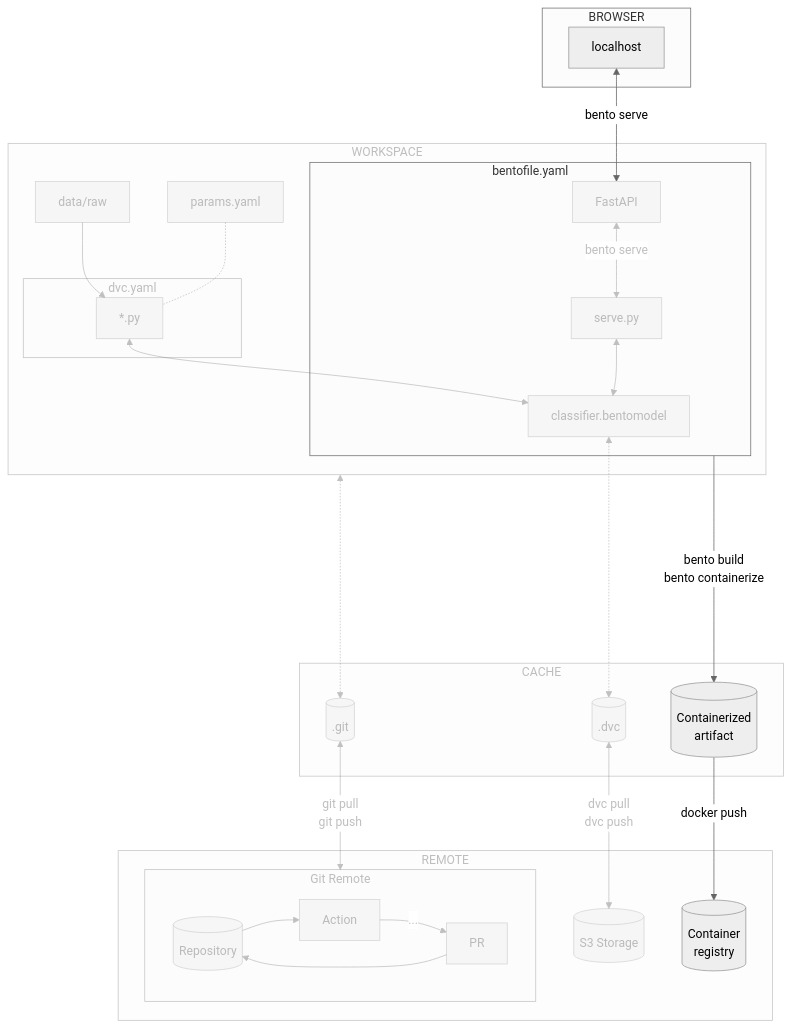
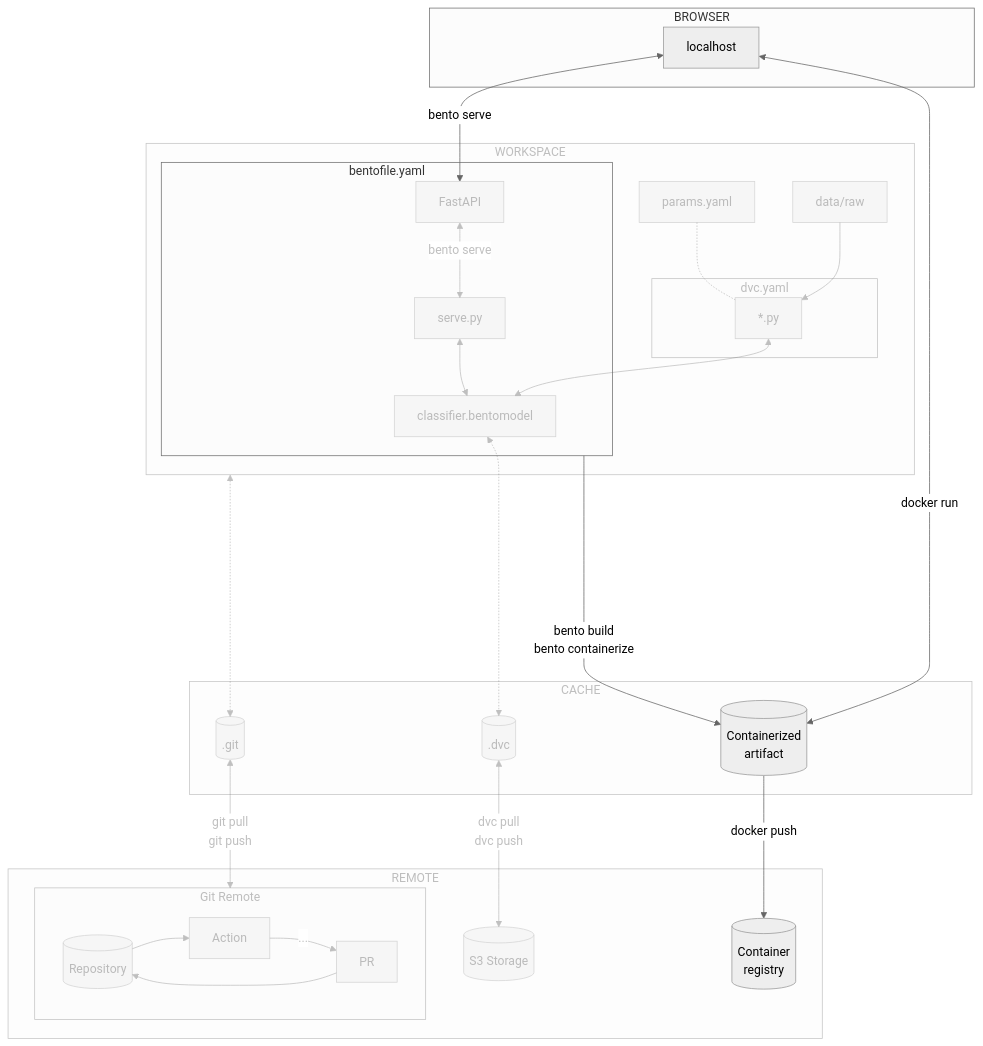
The diagram in docs/part-3-serve-and-deploy-the-model/chapter-13-build-and-publish-the-model-with-bentoml-and-docker-locally.md (swiss-ai-center/a-guide-to-mlops), drawn with Mermaid (neutral theme) before and after one commit.

Commit message:
Adjust graph in chapter 13

````diff
--- a/docs/part-3-serve-and-deploy-the-model/chapter-13-build-and-publish-the-model-with-bentoml-and-docker-locally.md
+++ b/docs/part-3-serve-and-deploy-the-model/chapter-13-build-and-publish-the-model-with-bentoml-and-docker-locally.md
@@ -24,71 +24,72 @@
 ```mermaid
 flowchart TB
     dot_dvc[(.dvc)] <-->|dvc pull\ndvc push| s3_storage[(S3 Storage)]
     dot_git[(.git)] <-->|git pull\ngit push| gitGraph[Git Remote]
     workspaceGraph <-....-> dot_git
     data[data/raw]
     subgraph cacheGraph[CACHE]
         dot_dvc
         dot_git
         bento_artifact[(Containerized\nartifact)]
     end
     subgraph remoteGraph[REMOTE]
         s3_storage
         subgraph gitGraph[Git Remote]
             repository[(Repository)] --> action[Action]
             action[Action] --> |...|request[PR]
             request --> repository[(Repository)]
         end
         registry[(Container\nregistry)]
     end
     subgraph workspaceGraph[WORKSPACE]
         data --> code[*.py]
         subgraph dvcGraph["dvc.yaml"]
             code
         end
         params[params.yaml] -.- code
         code <--> bento_model[classifier.bentomodel]
         subgraph bentoGraph[bentofile.yaml]
             bento_model
             serve[serve.py] <--> bento_model
             fastapi[FastAPI] <--> |bento serve|serve
         end
 
         bentoGraph -->|bento build\nbento containerize| bento_artifact
         bento_model <-.-> dot_dvc
         bento_artifact -->|docker push| registry
     end
     subgraph browserGraph[BROWSER]
+        localhost <--> |docker run|bento_artifact
         localhost <--> |bento serve| fastapi
     end
 
     style workspaceGraph opacity:0.4,color:#7f7f7f80
     style dvcGraph opacity:0.4,color:#7f7f7f80
     style cacheGraph opacity:0.4,color:#7f7f7f80
     style data opacity:0.4,color:#7f7f7f80
     style dot_git opacity:0.4,color:#7f7f7f80
     style dot_dvc opacity:0.4,color:#7f7f7f80
     style code opacity:0.4,color:#7f7f7f80
     style serve opacity:0.4,color:#7f7f7f80
     style bento_model opacity:0.4,color:#7f7f7f80
     style fastapi opacity:0.4,color:#7f7f7f80
     style params opacity:0.4,color:#7f7f7f80
     style s3_storage opacity:0.4,color:#7f7f7f80
     style repository opacity:0.4,color:#7f7f7f80
     style action opacity:0.4,color:#7f7f7f80
     style request opacity:0.4,color:#7f7f7f80
     style remoteGraph opacity:0.4,color:#7f7f7f80
     style gitGraph opacity:0.4,color:#7f7f7f80
     linkStyle 0 opacity:0.4,color:#7f7f7f80
     linkStyle 1 opacity:0.4,color:#7f7f7f80
     linkStyle 2 opacity:0.4,color:#7f7f7f80
     linkStyle 3 opacity:0.4,color:#7f7f7f80
     linkStyle 4 opacity:0.4,color:#7f7f7f80
     linkStyle 5 opacity:0.4,color:#7f7f7f80
     linkStyle 6 opacity:0.4,color:#7f7f7f80
     linkStyle 7 opacity:0.4,color:#7f7f7f80
     linkStyle 8 opacity:0.4,color:#7f7f7f80
     linkStyle 9 opacity:0.4,color:#7f7f7f80
     linkStyle 10 opacity:0.4,color:#7f7f7f80
     linkStyle 12 opacity:0.4,color:#7f7f7f80
 ```
````
